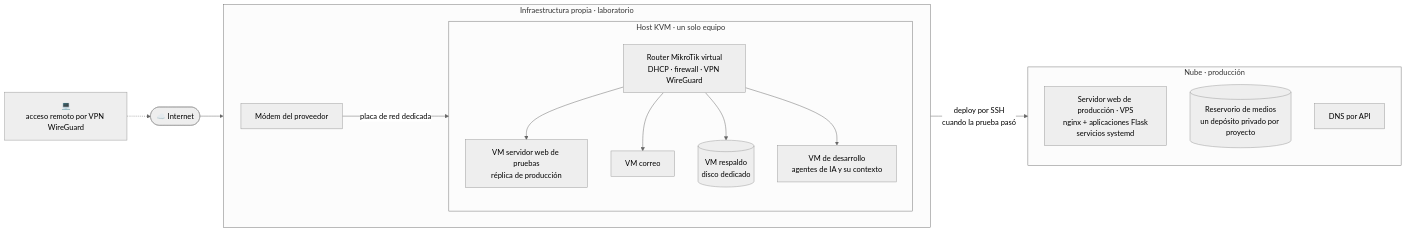
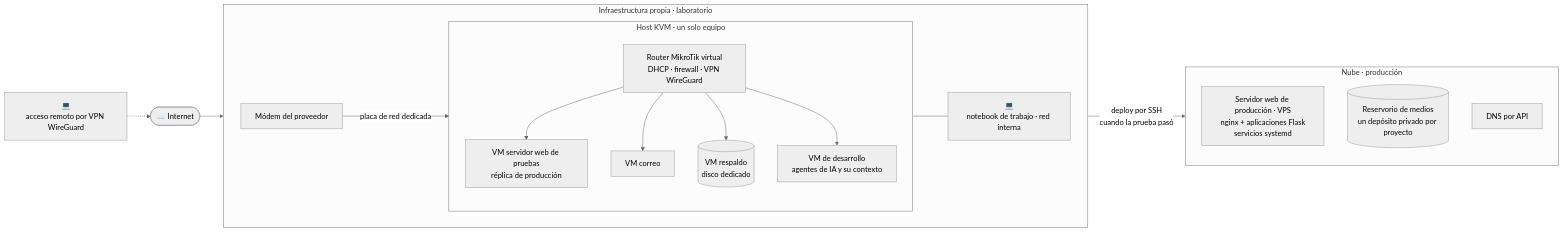
The first of 3 diagrams in README.md (druidatech-net/infraestructura-druidatech), drawn with Mermaid (neutral theme) before and after one commit. The commit also changed other lines of this file, not shown here.

Commit message:
El equipo es el servidor; el trabajo se hace desde la notebook, en la red o por VPN

````diff
--- a/README.md
+++ b/README.md
@@ -25,24 +25,25 @@
 ```mermaid
 flowchart LR
     N[💻<br/>acceso remoto por VPN WireGuard] -.-> I([☁️ Internet])
     I --> M
     subgraph LAB[Infraestructura propia · laboratorio]
         direction LR
         M[Módem del proveedor] -->|placa de red dedicada| K
         subgraph H[Host KVM · un solo equipo]
             direction TB
             K[Router MikroTik virtual<br/>DHCP · firewall · VPN WireGuard]
             K --> W[VM servidor web de pruebas<br/>réplica de producción]
             K --> C[VM correo]
             K --> B[(VM respaldo<br/>disco dedicado)]
             K --> A[VM de desarrollo<br/>agentes de IA y su contexto]
         end
+        K --- T[💻<br/>notebook de trabajo · red interna]
     end
     subgraph NUBE[Nube · producción]
         direction TB
         V[Servidor web de producción · VPS<br/>nginx + aplicaciones Flask<br/>servicios systemd]
         S[(Reservorio de medios<br/>un depósito privado por proyecto)]
         D[DNS por API]
     end
     W -->|"deploy por SSH<br/>cuando la prueba pasó"| V
 ```
````
